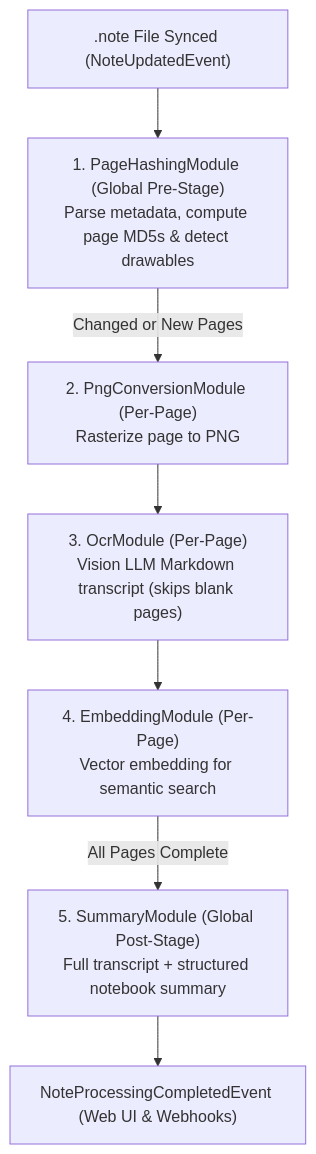
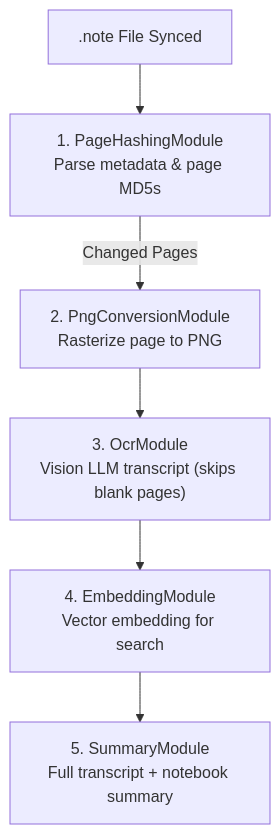
One commit to allenporter/supernote changed the first of 2 diagrams in docs/mcp.md. Above: the diagram before and after it, drawn with Mermaid. The commit also changed 7 other files, not shown here.

Commit message:
docs: remove redundant Mermaid diagrams and fix Mermaid 11 line breaks & linkify

````diff
--- a/docs/mcp.md
+++ b/docs/mcp.md
@@ -11,9 +11,8 @@
 ```mermaid
 flowchart TD
-    Sync[".note File Synced (NoteUpdatedEvent)"] --> S1["1. PageHashingModule (Global Pre-Stage)\nParse metadata, compute page MD5s & detect drawables"]
-    S1 -->|Changed or New Pages| S2["2. PngConversionModule (Per-Page)\nRasterize page to PNG"]
-    S2 --> S3["3. OcrModule (Per-Page)\nVision LLM Markdown transcript (skips blank pages)"]
-    S3 --> S4["4. EmbeddingModule (Per-Page)\nVector embedding for semantic search"]
-    S4 -->|All Pages Complete| S5["5. SummaryModule (Global Post-Stage)\nFull transcript + structured notebook summary"]
-    S5 --> Done["NoteProcessingCompletedEvent (Web UI & Webhooks)"]
+    Sync[".note File Synced"] --> S1["1. PageHashingModule<br/>Parse metadata & page MD5s"]
+    S1 -->|Changed Pages| S2["2. PngConversionModule<br/>Rasterize page to PNG"]
+    S2 --> S3["3. OcrModule<br/>Vision LLM transcript (skips blank pages)"]
+    S3 --> S4["4. EmbeddingModule<br/>Vector embedding for search"]
+    S4 --> S5["5. SummaryModule<br/>Full transcript + notebook summary"]
 ```
````
